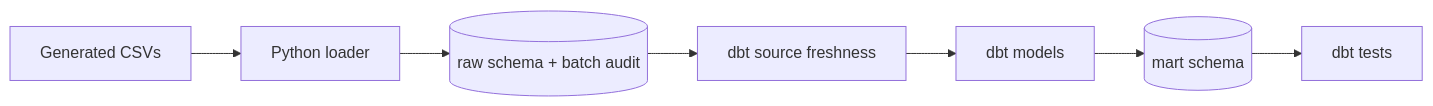
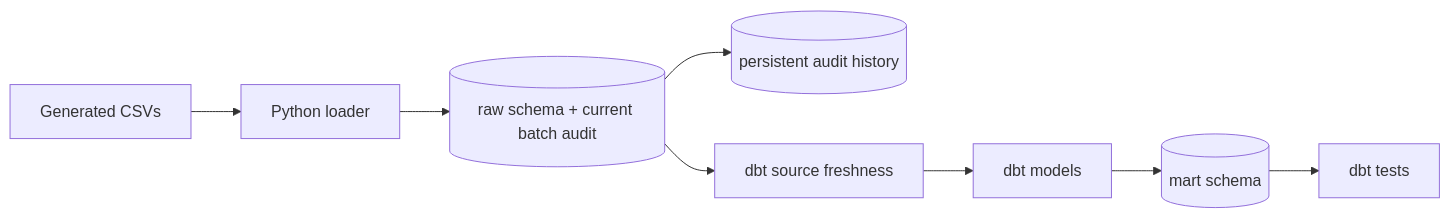
Before and after one commit to Wasim-Jussab/finance-analytics-engineering-portfolio: the diagram in docs/dbt-workflow.md, drawn with Mermaid. The commit also changed other lines of this file and 12 other files, not shown here.

````diff
--- a/docs/dbt-workflow.md
+++ b/docs/dbt-workflow.md
@@ -9,9 +9,10 @@
 ```mermaid
 flowchart LR
     A[Generated CSVs] --> B[Python loader]
-    B --> C[(raw schema + batch audit)]
+    B --> C[(raw schema + current batch audit)]
+    C --> H[(persistent audit history)]
     C --> G[dbt source freshness]
     G --> D[dbt models]
     D --> E[(mart schema)]
     E --> F[dbt tests]
 ```
````
